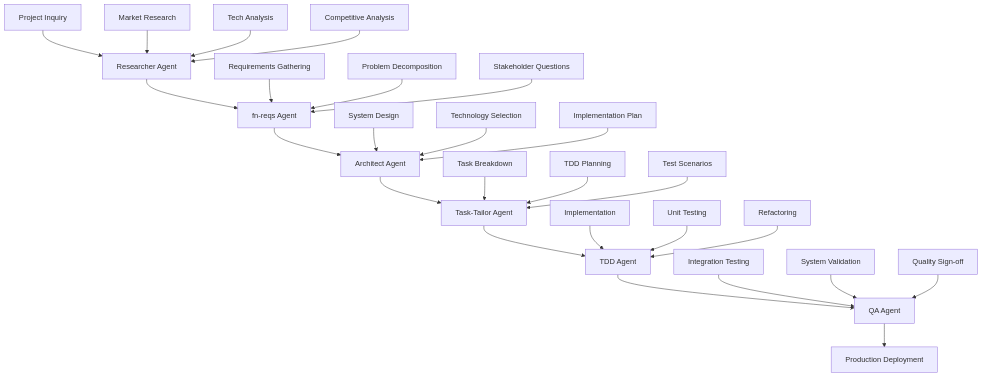
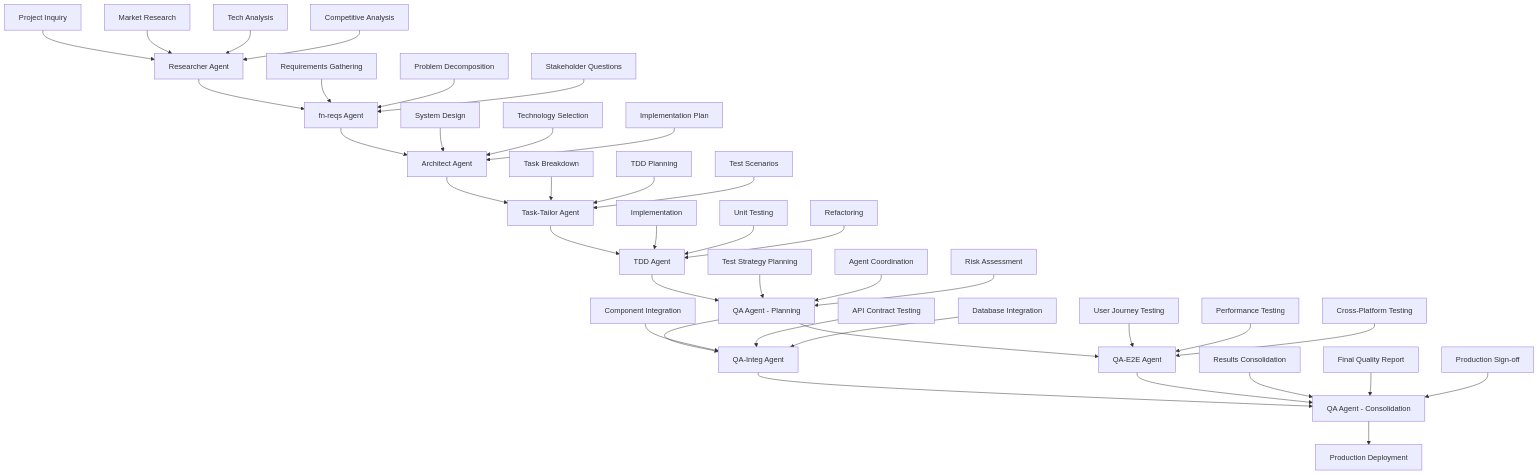
The diagram in .claude/commands/orchestrator.md (ktrysmt/dotfiles), drawn with Mermaid before and after one commit. The commit also changed other lines of this file and 4 other files, not shown here.

````diff
--- a/.claude/commands/orchestrator.md
+++ b/.claude/commands/orchestrator.md
@@ -26,34 +26,50 @@
 ```mermaid
 graph TD
     A[Project Inquiry] --> B[Researcher Agent]
     B --> C[fn-reqs Agent]
     C --> D[Architect Agent]
     D --> E[Task-Tailor Agent]
     E --> F[TDD Agent]
-    F --> G[QA Agent]
-    G --> H[Production Deployment]
+    F --> G[QA Agent - Planning]
+    G --> G1[QA-Integ Agent]
+    G --> G2[QA-E2E Agent]
+    G1 --> G3[QA Agent - Consolidation]
+    G2 --> G3
+    G3 --> H[Production Deployment]
     
     B1[Market Research] --> B
     B2[Tech Analysis] --> B
     B3[Competitive Analysis] --> B
     
     C1[Requirements Gathering] --> C
     C2[Problem Decomposition] --> C
     C3[Stakeholder Questions] --> C
     
     D1[System Design] --> D
     D2[Technology Selection] --> D
     D3[Implementation Plan] --> D
     
     E1[Task Breakdown] --> E
     E2[TDD Planning] --> E
     E3[Test Scenarios] --> E
     
     F1[Implementation] --> F
     F2[Unit Testing] --> F
     F3[Refactoring] --> F
     
-    G1[Integration Testing] --> G
-    G2[System Validation] --> G
-    G3[Quality Sign-off] --> G
+    G4[Test Strategy Planning] --> G
+    G5[Agent Coordination] --> G
+    G6[Risk Assessment] --> G
+    
+    G1A[Component Integration] --> G1
+    G1B[API Contract Testing] --> G1
+    G1C[Database Integration] --> G1
+    
+    G2A[User Journey Testing] --> G2
+    G2B[Performance Testing] --> G2
+    G2C[Cross-Platform Testing] --> G2
+    
+    G3A[Results Consolidation] --> G3
+    G3B[Final Quality Report] --> G3
+    G3C[Production Sign-off] --> G3
 ```
````
